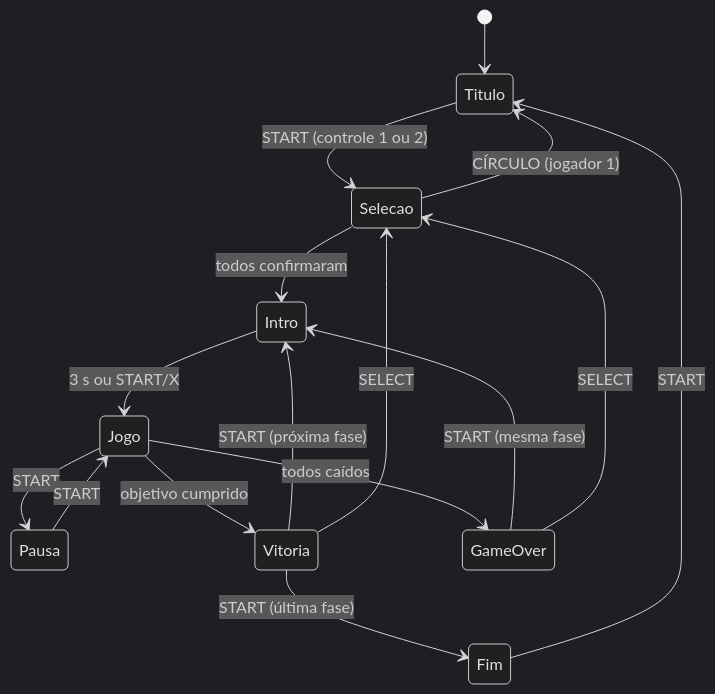
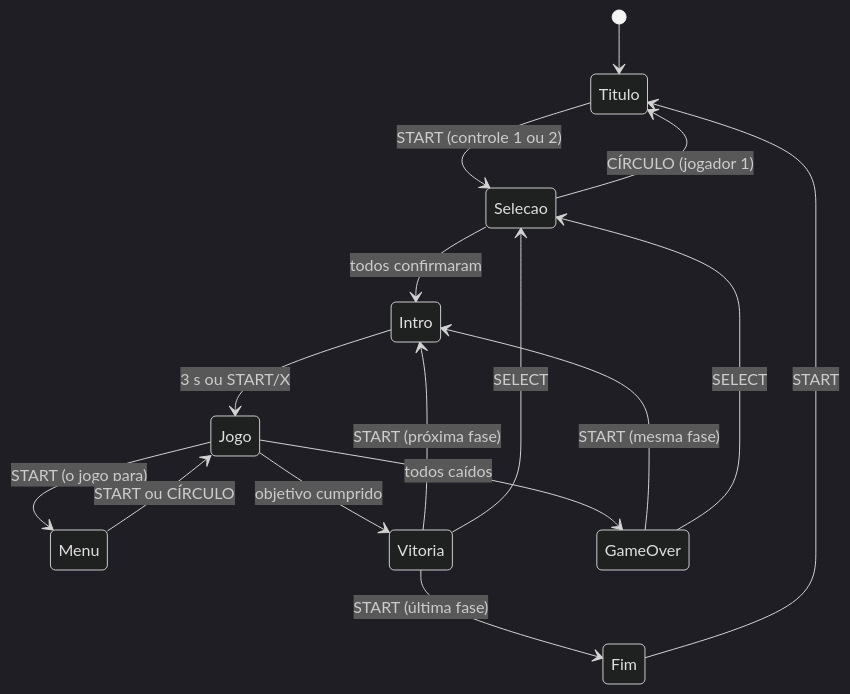
The second of 2 diagrams in README.md (marcosnobre26/psx-arena), drawn with Mermaid (dark theme) before and after one commit. The commit also changed other lines of this file and 3 other files, not shown here.

Commit message:
docs: etapa 08 (menu, inventário, capturas, provas da pausa, desempenho e RAM)

````diff
--- a/README.md
+++ b/README.md
@@ -329,18 +330,18 @@
 ```mermaid
 stateDiagram-v2
     [*] --> Titulo
     Titulo --> Selecao: START (controle 1 ou 2)
     Selecao --> Titulo: CÍRCULO (jogador 1)
     Selecao --> Intro: todos confirmaram
     Intro --> Jogo: 3 s ou START/X
-    Jogo --> Pausa: START
-    Pausa --> Jogo: START
+    Jogo --> Menu: START (o jogo para)
+    Menu --> Jogo: START ou CÍRCULO
     Jogo --> Vitoria: objetivo cumprido
     Jogo --> GameOver: todos caídos
     Vitoria --> Intro: START (próxima fase)
     Vitoria --> Fim: START (última fase)
     Fim --> Titulo: START
     GameOver --> Intro: START (mesma fase)
     Vitoria --> Selecao: SELECT
     GameOver --> Selecao: SELECT
 ```
````
